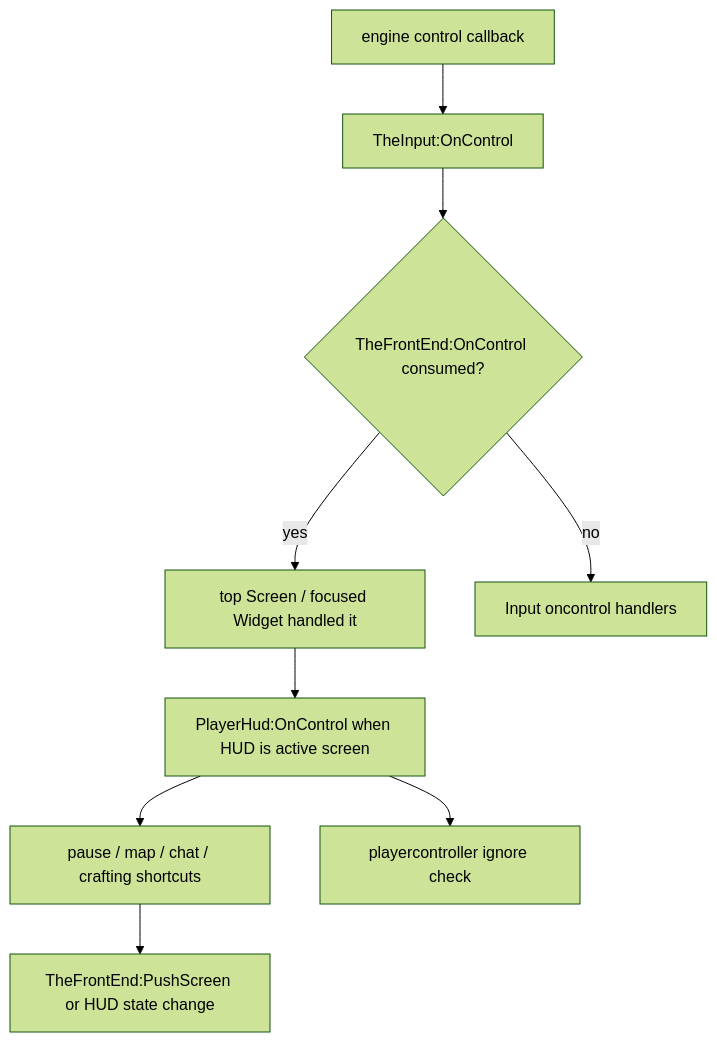
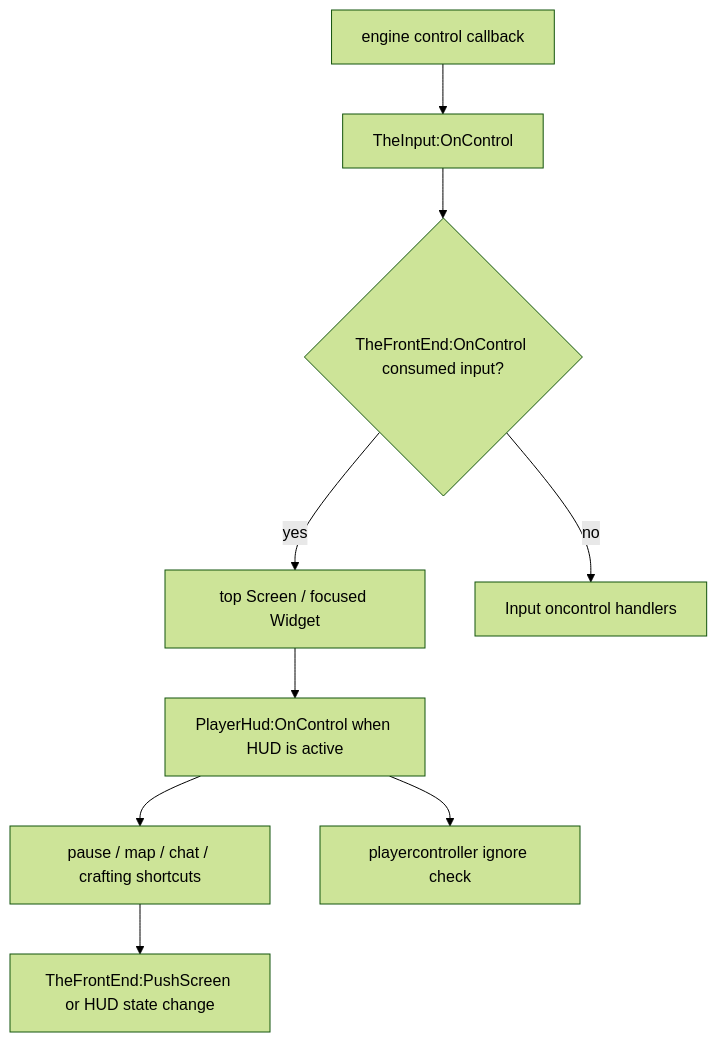
The diagram in dst-scripts/index/0x7000-frontend-data-tools/0x7100-frontend-ui/0x7101-frontend-input.md (LetsStarveTogether/dst-server), drawn with Mermaid (forest theme) before and after one commit. The commit also changed other lines of this file and 83 other files, not shown here.

```diff
--- a/dst-scripts/index/0x7000-frontend-data-tools/0x7100-frontend-ui/0x7101-frontend-input.md
+++ b/dst-scripts/index/0x7000-frontend-data-tools/0x7100-frontend-ui/0x7101-frontend-input.md
@@ -43,12 +42,12 @@
 ~~~mermaid
 flowchart TD
     A["engine control callback"]
     A --> B["TheInput:OnControl"]
-    B --> C{"TheFrontEnd:OnControl consumed?"}
-    C -->|yes| D["top Screen / focused Widget handled it"]
+    B --> C{"TheFrontEnd:OnControl consumed input?"}
+    C -->|yes| D["top Screen / focused Widget"]
     C -->|no| E["Input oncontrol handlers"]
-    D --> F["PlayerHud:OnControl when HUD is active screen"]
+    D --> F["PlayerHud:OnControl when HUD is active"]
     F --> G["pause / map / chat / crafting shortcuts"]
     F --> I["playercontroller ignore check"]
     G --> H["TheFrontEnd:PushScreen or HUD state change"]
 ~~~
```
